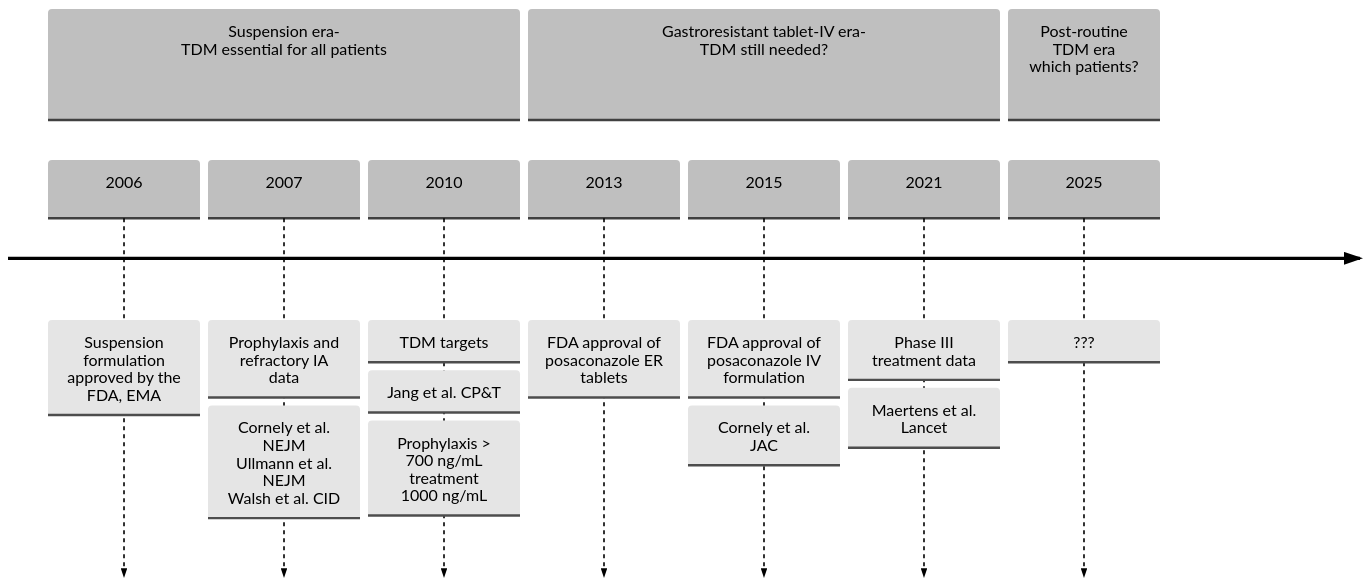
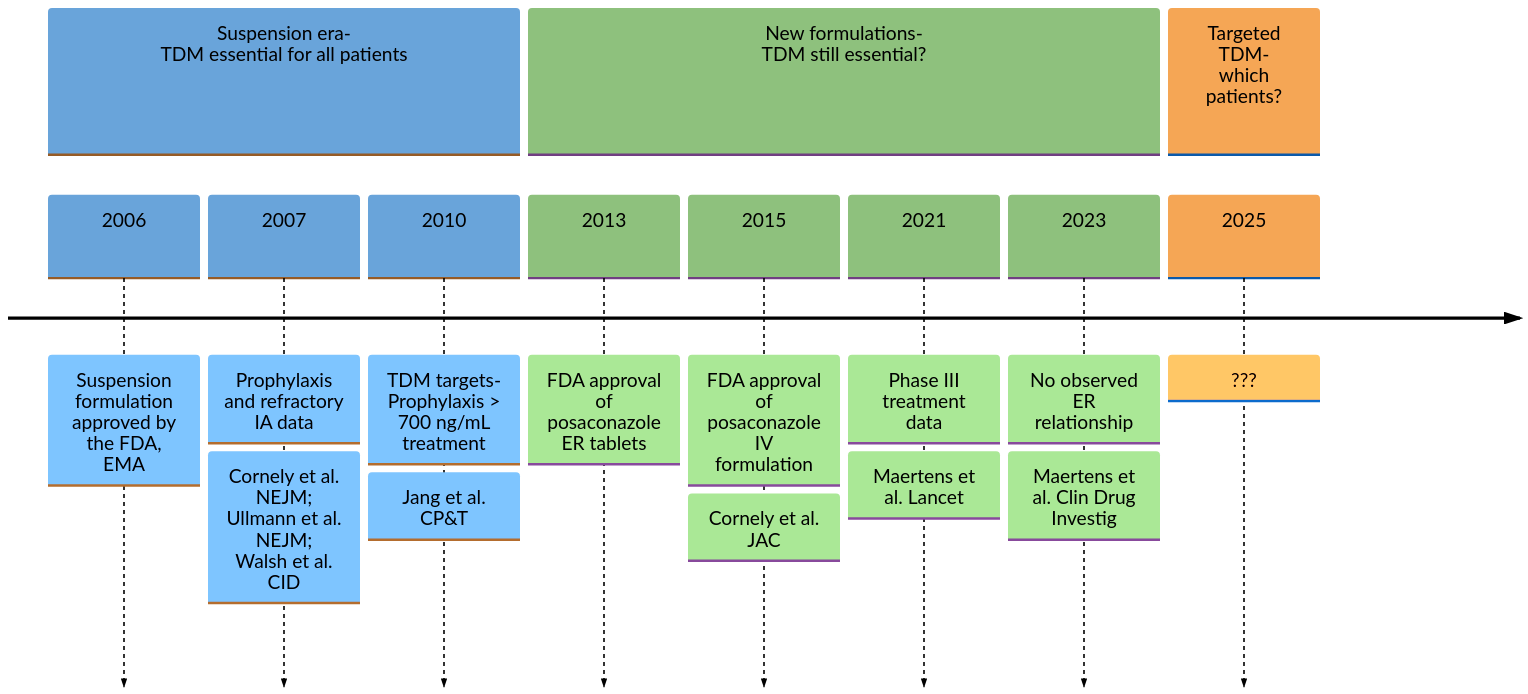
One commit to Russlewisbo/EPAG changed the diagram in Lecture1.qmd. Above: the diagram before and after it, drawn with Mermaid. The commit also changed other lines of this file and 3 other files, not shown here.

````diff
--- a/Lecture1.qmd
+++ b/Lecture1.qmd
@@ -56,29 +55,31 @@
 ```{mermaid}
 %%{init: {
     'theme': 'base',
     'themeVariables': {
-      'fontSize': '20px',
-      'primaryColor': '#ffffff',
+      'fontFamily': "Arial, sans-serif",
+      'fontSize': '24px',
+      'primaryColor': '#cfe2f3',
       'primaryTextColor': '#000000',
       'primaryBorderColor': '##ffffff',
       'lineColor': '#000000',
-      'secondaryColor': '#ffffff',
-      'tertiaryColor': '#ffffff'
+      'secondaryColor': '#d9ead3',
+      'tertiaryColor': '#fce5cd'
     }
   }
 }%%
 
 
 timeline
 section Suspension era- <br>TDM essential for all patients
   2006: Suspension formulation approved by the FDA, EMA
-  2007: Prophylaxis and refractory IA data: Cornely et al. NEJM <br> Ullmann et al. NEJM <br> Walsh et al. CID 
-  2010: TDM targets: Jang et al. CP&T : Prophylaxis > 700 ng/mL treatment <br>  1000 ng/mL
-section Gastroresistant tablet-IV era- <br> TDM still needed?
+  2007: Prophylaxis and refractory IA data: Cornely et al. NEJM; <br> Ullmann et al. NEJM; <br> Walsh et al. CID 
+  2010: TDM targets- Prophylaxis > 700 ng/mL treatment: Jang et al. CP&T 
+section New formulations- <br> TDM still essential?
   2013: FDA approval of posaconazole ER tablets 
   2015: FDA approval of posaconazole IV formulation: Cornely et al. JAC
-  2021: Phase III treatment data : Maertens et al. Lancet 
-section Post-routine TDM era <br> which patients?
+  2021: Phase III treatment data: Maertens et al. Lancet 
+  2023: No observed ER relationship: Maertens et al. Clin Drug Investig
+section Targeted TDM- <br> which patients?
   2025: ???
   
 ```
````
